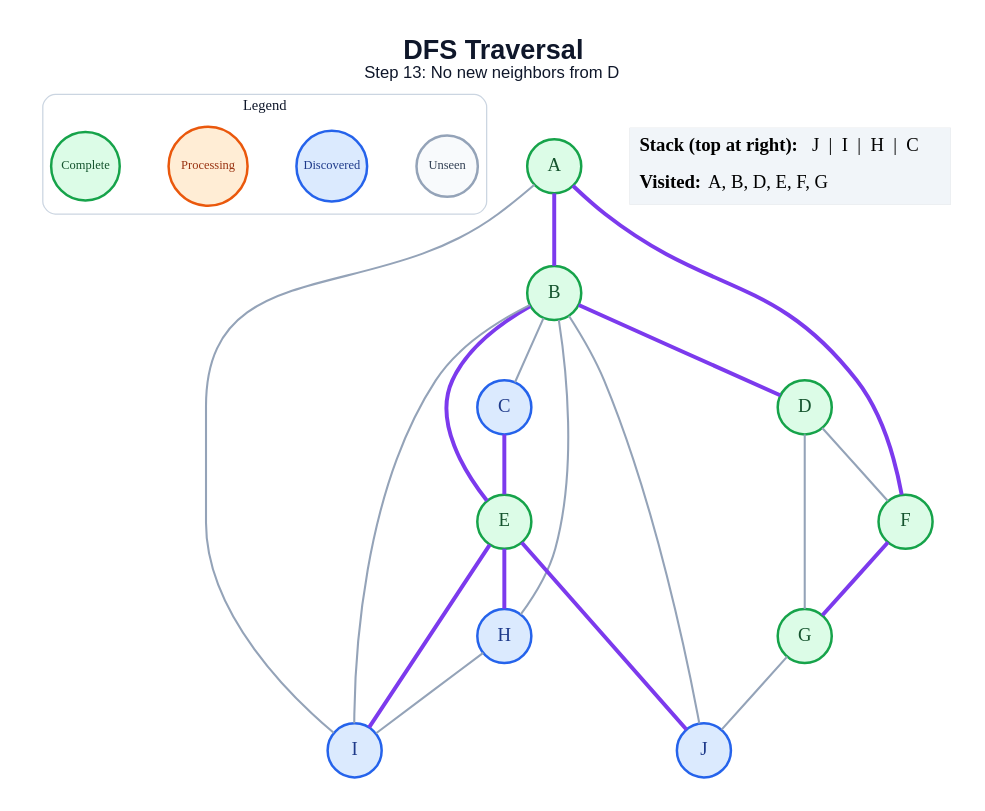
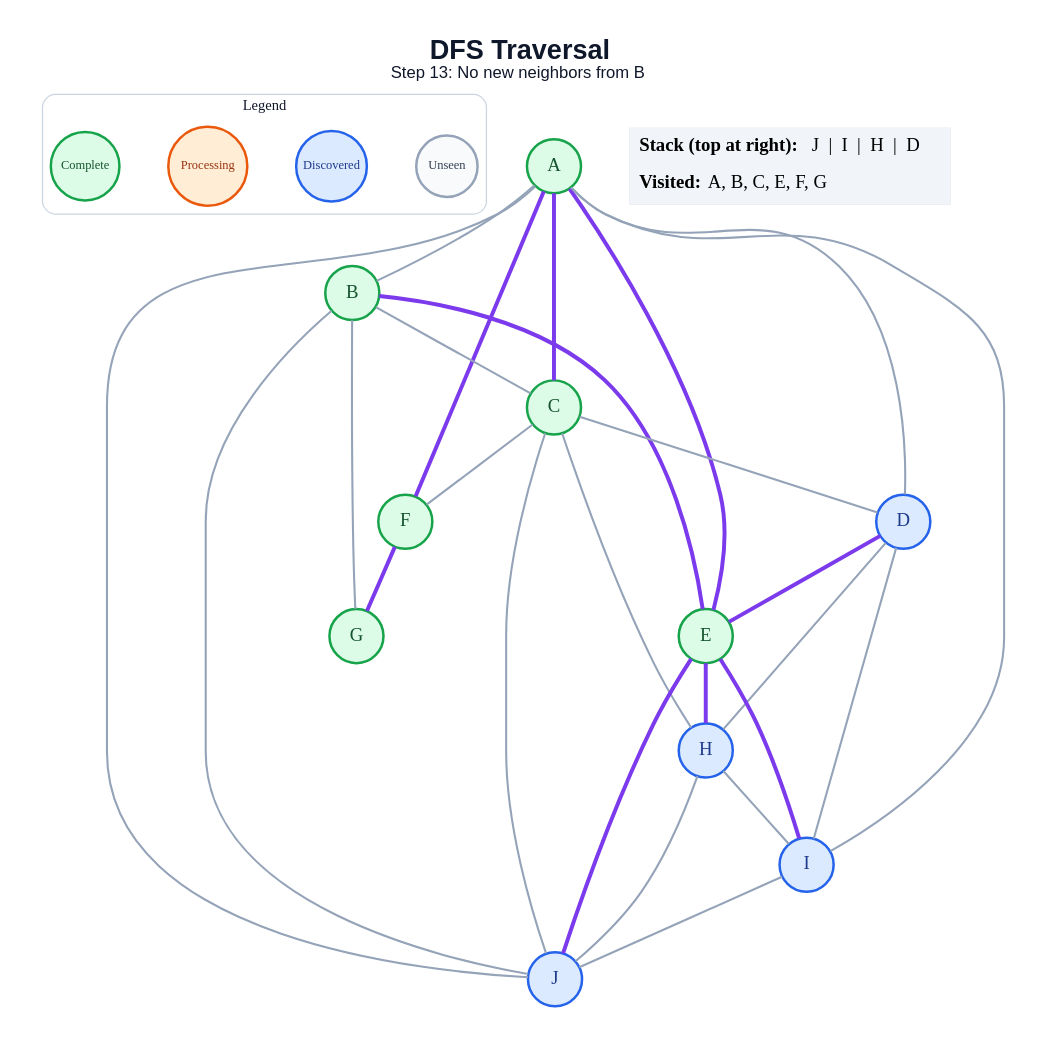
One commit to amanghodawala9/ai-slop changed the diagram in generated/specific-node/dfs/step_13.dot. Above: the diagram before and after it, drawn with Graphviz. The commit also changed 178 other files, not shown here.

```diff
--- a/generated/specific-node/dfs/step_13.dot
+++ b/generated/specific-node/dfs/step_13.dot
@@ -1,47 +1,54 @@
 graph traversal {
   graph [layout=dot, rankdir=TB, bgcolor="#FFFFFF", pad="0.35", nodesep="0.65", ranksep="0.8", fontname="Arial"];
   node [shape=circle, style="filled", fontname="Arial Bold", fontsize=18, width=0.72, fixedsize=true, penwidth=2.4];
   edge [color="#94A3B8", penwidth=2.0];
-  label=<<B>DFS Traversal</B><BR/><FONT POINT-SIZE="16">Step 13: No new neighbors from D</FONT>>; labelloc="t"; fontsize=26; fontname="Arial"; fontcolor="#0F172A";
+  label=<<B>DFS Traversal</B><BR/><FONT POINT-SIZE="16">Step 13: No new neighbors from B</FONT>>; labelloc="t"; fontsize=26; fontname="Arial"; fontcolor="#0F172A";
   subgraph cluster_legend { label="Legend"; color="#CBD5E1"; penwidth=1.2; style="rounded"; fontsize=14; fontname="Arial Bold";
     key_unseen [label="Unseen", fillcolor="#F8FAFC", color="#94A3B8", fontcolor="#334155", fontsize=12, width=0.82];
     key_frontier [label="Discovered", fillcolor="#DBEAFE", color="#2563EB", fontcolor="#1E3A8A", fontsize=12, width=0.95];
     key_current [label="Processing", fillcolor="#FFEDD5", color="#EA580C", fontcolor="#9A3412", fontsize=12, width=1.05];
     key_done [label="Complete", fillcolor="#DCFCE7", color="#16A34A", fontcolor="#14532D", fontsize=12, width=0.92];
     { rank=same; key_unseen; key_frontier; key_current; key_done; }
   }
   A [fillcolor="#DCFCE7", color="#16A34A", fontcolor="#14532D"];
   B [fillcolor="#DCFCE7", color="#16A34A", fontcolor="#14532D"];
-  C [fillcolor="#DBEAFE", color="#2563EB", fontcolor="#1E3A8A"];
-  D [fillcolor="#DCFCE7", color="#16A34A", fontcolor="#14532D"];
+  C [fillcolor="#DCFCE7", color="#16A34A", fontcolor="#14532D"];
+  D [fillcolor="#DBEAFE", color="#2563EB", fontcolor="#1E3A8A"];
   E [fillcolor="#DCFCE7", color="#16A34A", fontcolor="#14532D"];
   F [fillcolor="#DCFCE7", color="#16A34A", fontcolor="#14532D"];
   G [fillcolor="#DCFCE7", color="#16A34A", fontcolor="#14532D"];
   H [fillcolor="#DBEAFE", color="#2563EB", fontcolor="#1E3A8A"];
   I [fillcolor="#DBEAFE", color="#2563EB", fontcolor="#1E3A8A"];
   J [fillcolor="#DBEAFE", color="#2563EB", fontcolor="#1E3A8A"];
-  A -- B [color="#7C3AED", penwidth=3.8];
+  A -- B;
+  A -- C [color="#7C3AED", penwidth=3.8];
+  A -- D;
+  A -- E [color="#7C3AED", penwidth=3.8];
   A -- F [color="#7C3AED", penwidth=3.8];
   A -- I;
+  A -- J;
   B -- C;
-  B -- D [color="#7C3AED", penwidth=3.8];
   B -- E [color="#7C3AED", penwidth=3.8];
-  B -- H;
-  B -- I;
+  B -- G;
   B -- J;
-  C -- E [color="#7C3AED", penwidth=3.8];
-  D -- F;
-  D -- G;
+  C -- D;
+  C -- F;
+  C -- H;
+  C -- J;
+  D -- E [color="#7C3AED", penwidth=3.8];
+  D -- H;
+  D -- I;
   E -- H [color="#7C3AED", penwidth=3.8];
   E -- I [color="#7C3AED", penwidth=3.8];
   E -- J [color="#7C3AED", penwidth=3.8];
   F -- G [color="#7C3AED", penwidth=3.8];
-  G -- J;
   H -- I;
+  H -- J;
+  I -- J;
   status [shape=plain, fixedsize=false, width=0, height=0, margin=0, label=<
     <TABLE BORDER="0" CELLBORDER="0" CELLPADDING="7" BGCOLOR="#F1F5F9">
-      <TR><TD ALIGN="LEFT"><B>Stack (top at right):</B> J  |  I  |  H  |  C</TD></TR>
-      <TR><TD ALIGN="LEFT"><B>Visited:</B> A, B, D, E, F, G</TD></TR>
+      <TR><TD ALIGN="LEFT"><B>Stack (top at right):</B> J  |  I  |  H  |  D</TD></TR>
+      <TR><TD ALIGN="LEFT"><B>Visited:</B> A, B, C, E, F, G</TD></TR>
     </TABLE>
   >];
 }
```
